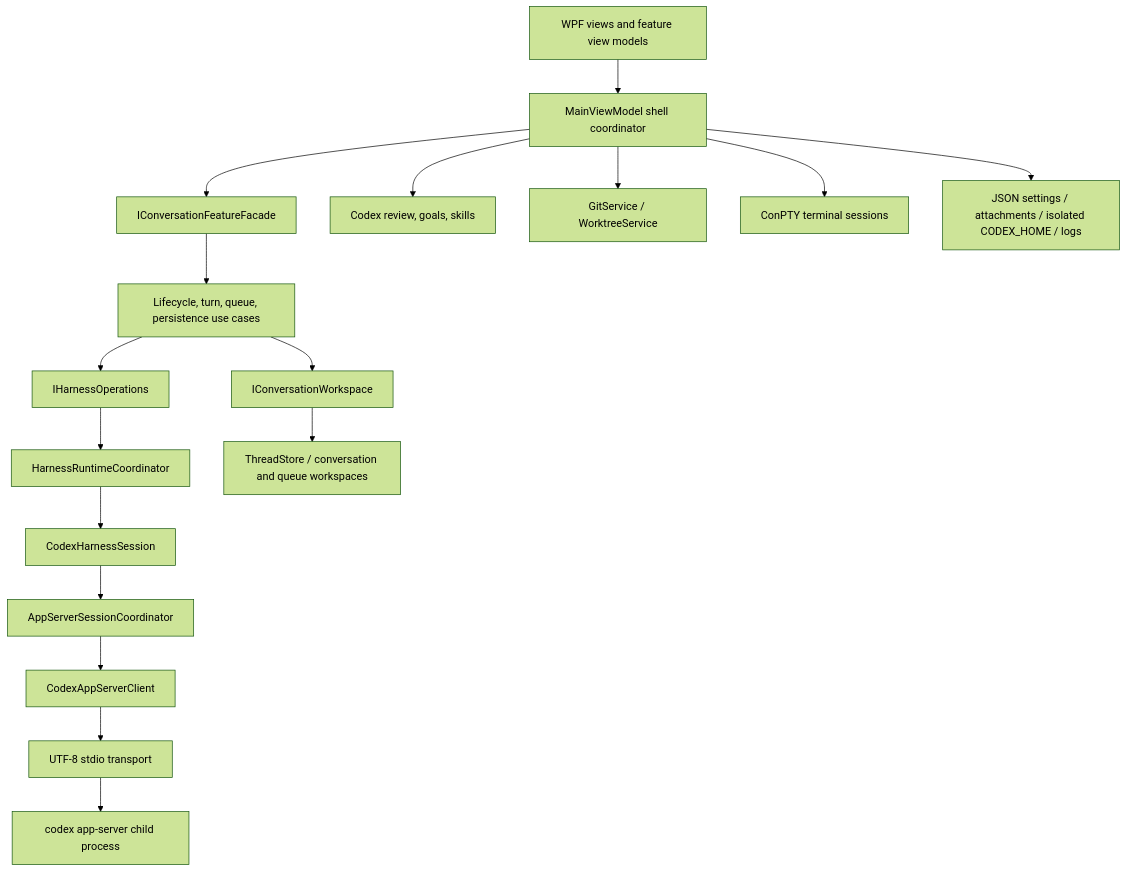
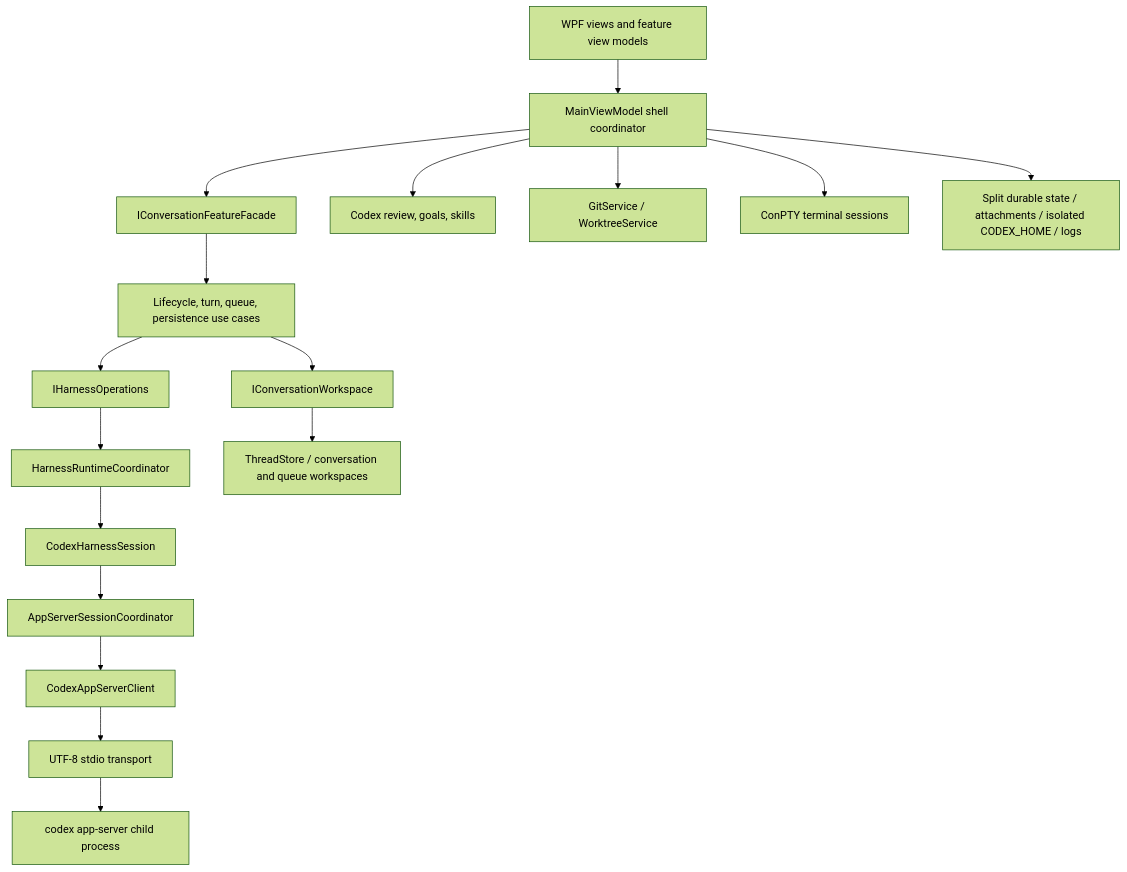
One commit to Scorpinaus/SynthiaCodex changed the second of 4 diagrams in docs/current-architecture.md. Above: the diagram before and after it, drawn with Mermaid (forest theme). The commit also changed other lines of this file and 11 other files, not shown here.

````diff
--- a/docs/current-architecture.md
+++ b/docs/current-architecture.md
@@ -48,19 +48,19 @@
 ```mermaid
 flowchart TB
     UI["WPF views and feature view models"] --> Shell["MainViewModel shell coordinator"]
     Shell --> Facade["IConversationFeatureFacade"]
     Facade --> UseCases["Lifecycle, turn, queue, persistence use cases"]
     UseCases --> Workspace["IConversationWorkspace"]
     UseCases --> HarnessOps["IHarnessOperations"]
     HarnessOps --> Runtime["HarnessRuntimeCoordinator"]
     Runtime --> CodexAdapter["CodexHarnessSession"]
     CodexAdapter --> Session["AppServerSessionCoordinator"]
     Session --> Client["CodexAppServerClient"]
     Client --> Transport["UTF-8 stdio transport"]
     Transport --> Codex["codex app-server child process"]
     Workspace --> State["ThreadStore / conversation and queue workspaces"]
     Shell --> SideFeatures["Codex review, goals, skills"]
     Shell --> Git["GitService / WorktreeService"]
     Shell --> Terminal["ConPTY terminal sessions"]
-    Shell --> Storage["JSON settings / attachments / isolated CODEX_HOME / logs"]
+    Shell --> Storage["Split durable state / attachments / isolated CODEX_HOME / logs"]
 ```
````
